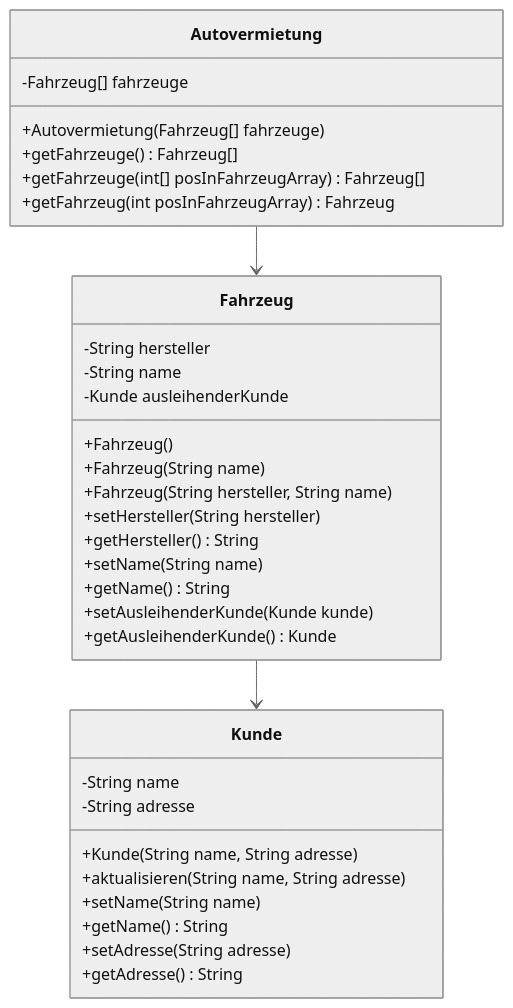
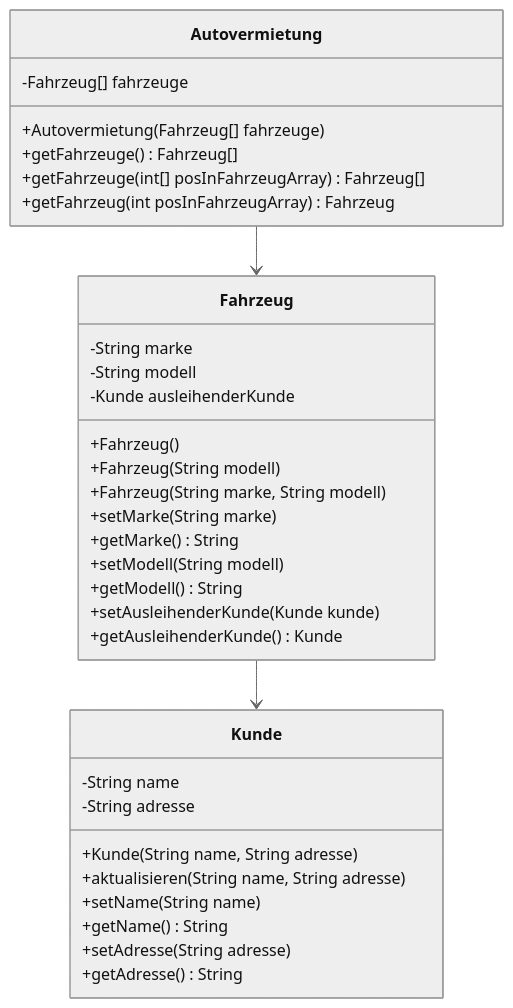
One commit to bdwebnet/pr1 changed the diagram in src/net/bdweb/gds2/klausur_04/aufgabe01/README.md. Above: the diagram before and after it, drawn with Mermaid (neutral theme). The commit also changed 8 other files, not shown here.

````diff
--- a/src/net/bdweb/gds2/klausur_04/aufgabe01/README.md
+++ b/src/net/bdweb/gds2/klausur_04/aufgabe01/README.md
@@ -8,39 +8,39 @@
 ```mermaid
   classDiagram
       class Autovermietung {
         -Fahrzeug[] fahrzeuge
         +Autovermietung(Fahrzeug[] fahrzeuge)
         +getFahrzeuge() Fahrzeug[]
         +getFahrzeuge(int[] posInFahrzeugArray) Fahrzeug[]
         +getFahrzeug(int posInFahrzeugArray) Fahrzeug
       }
       
       class Fahrzeug {
-        -String hersteller
-        -String name
+        -String marke
+        -String modell
         -Kunde ausleihenderKunde
         +Fahrzeug()
-        +Fahrzeug(String name)
-        +Fahrzeug(String hersteller, String name)
-        +setHersteller(String hersteller)
-        +getHersteller() String
-        +setName(String name)
-        +getName() String
+        +Fahrzeug(String modell)
+        +Fahrzeug(String marke, String modell)
+        +setMarke(String marke)
+        +getMarke() String
+        +setModell(String modell)
+        +getModell() String
         +setAusleihenderKunde(Kunde kunde)
         +getAusleihenderKunde() Kunde
       }
       
       class Kunde {
         -String name
         -String adresse
         +Kunde(String name, String adresse)
         +aktualisieren(String name, String adresse)
         +setName(String name)
         +getName() String
         +setAdresse(String adresse)
         +getAdresse() String
       }
       
       Autovermietung --> Fahrzeug
       Fahrzeug --> Kunde
 ```
````
